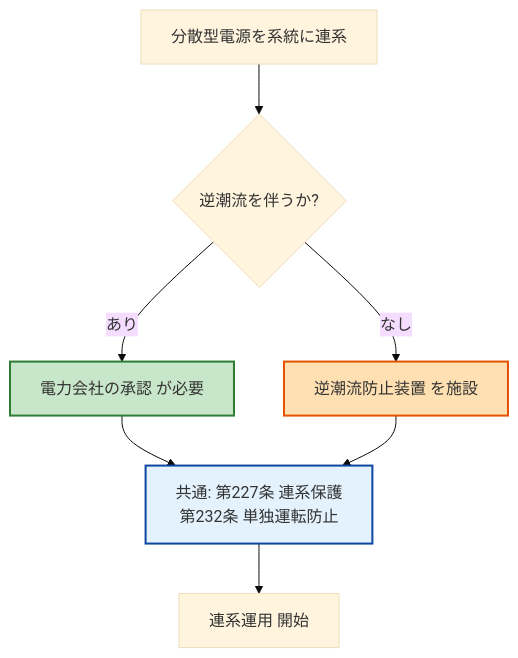
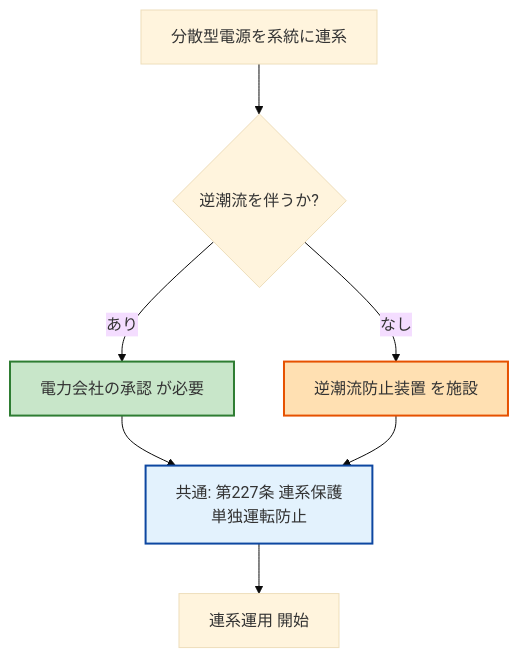
One commit to kfurufuru/denken-wiki changed the diagram in docs/articles/kaishaku/228.md. Above: the diagram before and after it, drawn with Mermaid (base theme). The commit also changed other lines of this file and 29 other files, not shown here.

````diff
--- a/docs/articles/kaishaku/228.md
+++ b/docs/articles/kaishaku/228.md
@@ -261,13 +258,13 @@
 ```mermaid
 flowchart TD
     Start[分散型電源を系統に連系] --> Q1{逆潮流を伴うか?}
     Q1 -->|あり| R1[電力会社の承認 が必要]
     Q1 -->|なし| R2[逆潮流防止装置 を施設]
-    R1 --> Common[共通: 第227条 連系保護<br/>第232条 単独運転防止]
+    R1 --> Common[共通: 第227条 連系保護<br/>単独運転防止]
     R2 --> Common
     Common --> Done[連系運用 開始]
 
     style R1 fill:#c8e6c9,stroke:#2e7d32,stroke-width:2px
     style R2 fill:#ffe0b2,stroke:#e65100,stroke-width:2px
     style Common fill:#e3f2fd,stroke:#0d47a1,stroke-width:2px
 ```
````
